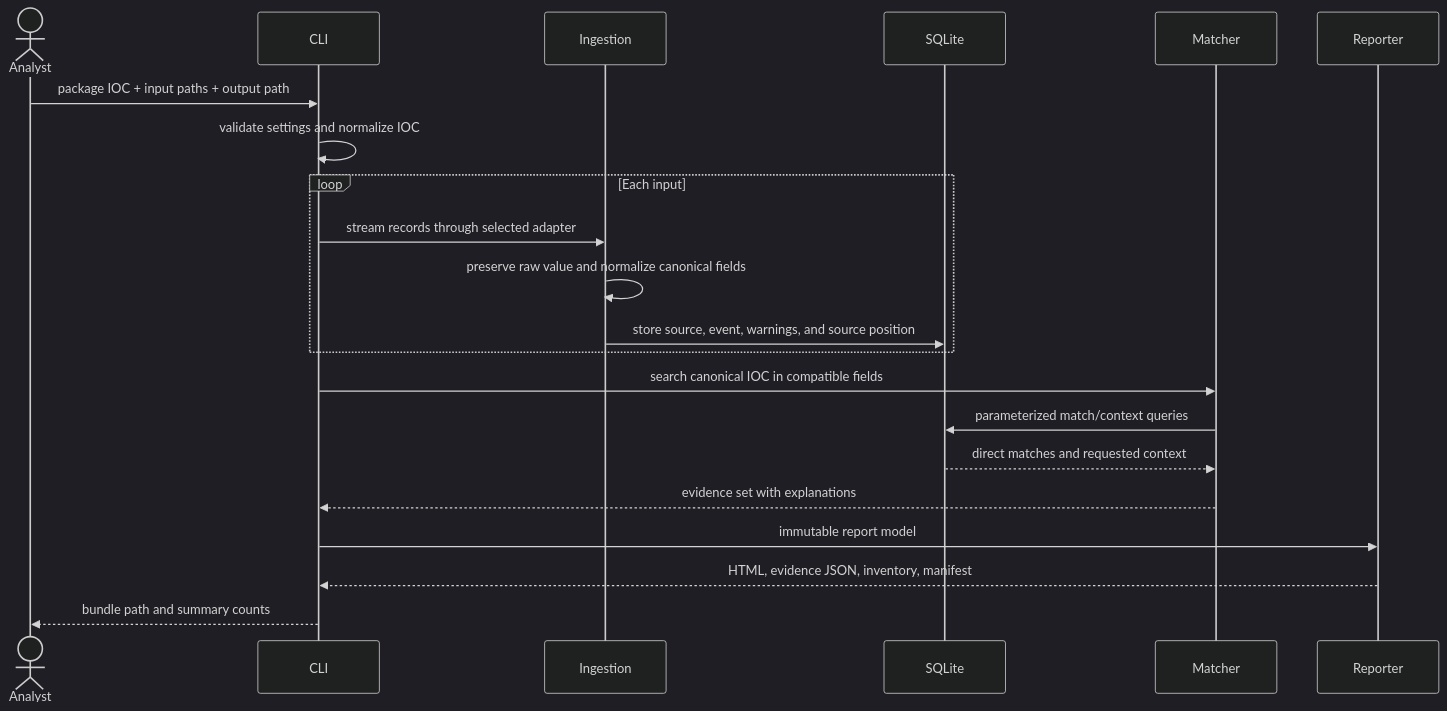
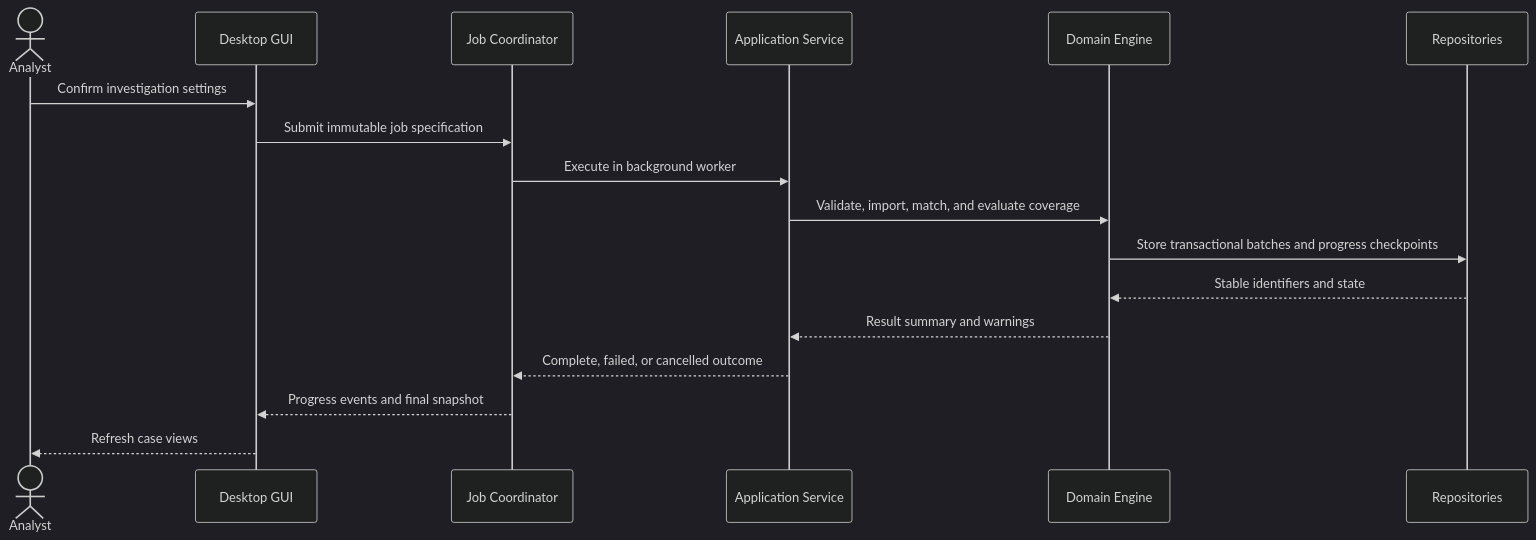
The third of 5 diagrams in docs/ARCHITECTURE.md (saltyma/ioc-evidence-packager), drawn with Mermaid (dark theme) before and after one commit. The commit also changed other lines of this file and 22 other files, not shown here.

````diff
--- a/docs/ARCHITECTURE.md
+++ b/docs/ARCHITECTURE.md
@@ -66,24 +105,20 @@
 ```mermaid
 sequenceDiagram
     actor A as Analyst
-    participant C as CLI
-    participant I as Ingestion
-    participant S as SQLite
-    participant M as Matcher
-    participant R as Reporter
+    participant G as Desktop GUI
+    participant J as Job Coordinator
+    participant S as Application Service
+    participant D as Domain Engine
+    participant R as Repositories
 
-    A->>C: package IOC + input paths + output path
-    C->>C: validate settings and normalize IOC
-    loop Each input
-        C->>I: stream records through selected adapter
-        I->>I: preserve raw value and normalize canonical fields
-        I->>S: store source, event, warnings, and source position
-    end
-    C->>M: search canonical IOC in compatible fields
-    M->>S: parameterized match/context queries
-    S-->>M: direct matches and requested context
-    M-->>C: evidence set with explanations
-    C->>R: immutable report model
-    R-->>C: HTML, evidence JSON, inventory, manifest
-    C-->>A: bundle path and summary counts
+    A->>G: Confirm investigation settings
+    G->>J: Submit immutable job specification
+    J->>S: Execute in background worker
+    S->>D: Validate, import, match, and evaluate coverage
+    D->>R: Store transactional batches and progress checkpoints
+    R-->>D: Stable identifiers and state
+    D-->>S: Result summary and warnings
+    S-->>J: Complete, failed, or cancelled outcome
+    J-->>G: Progress events and final snapshot
+    G-->>A: Refresh case views
 ```
````
